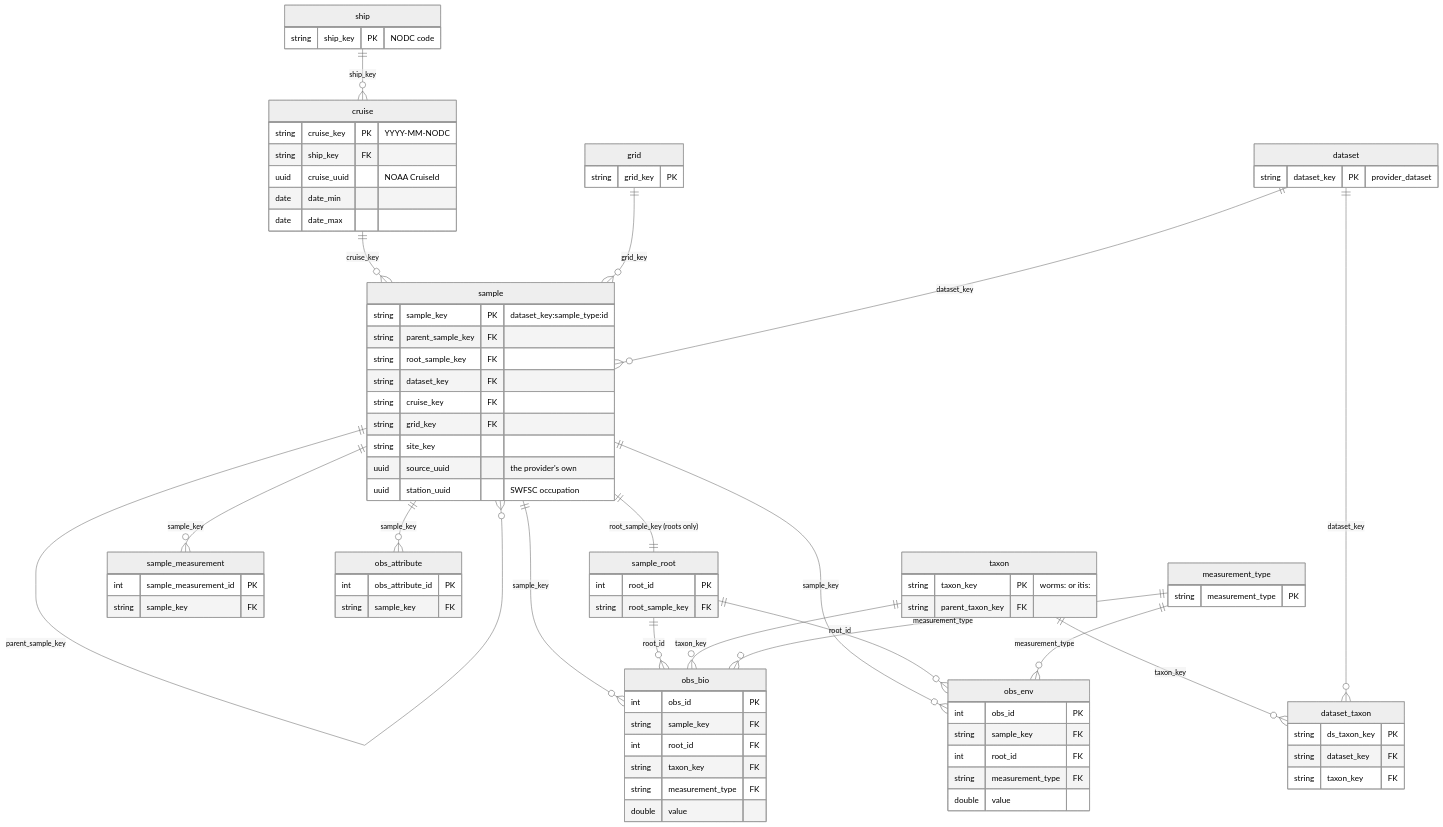
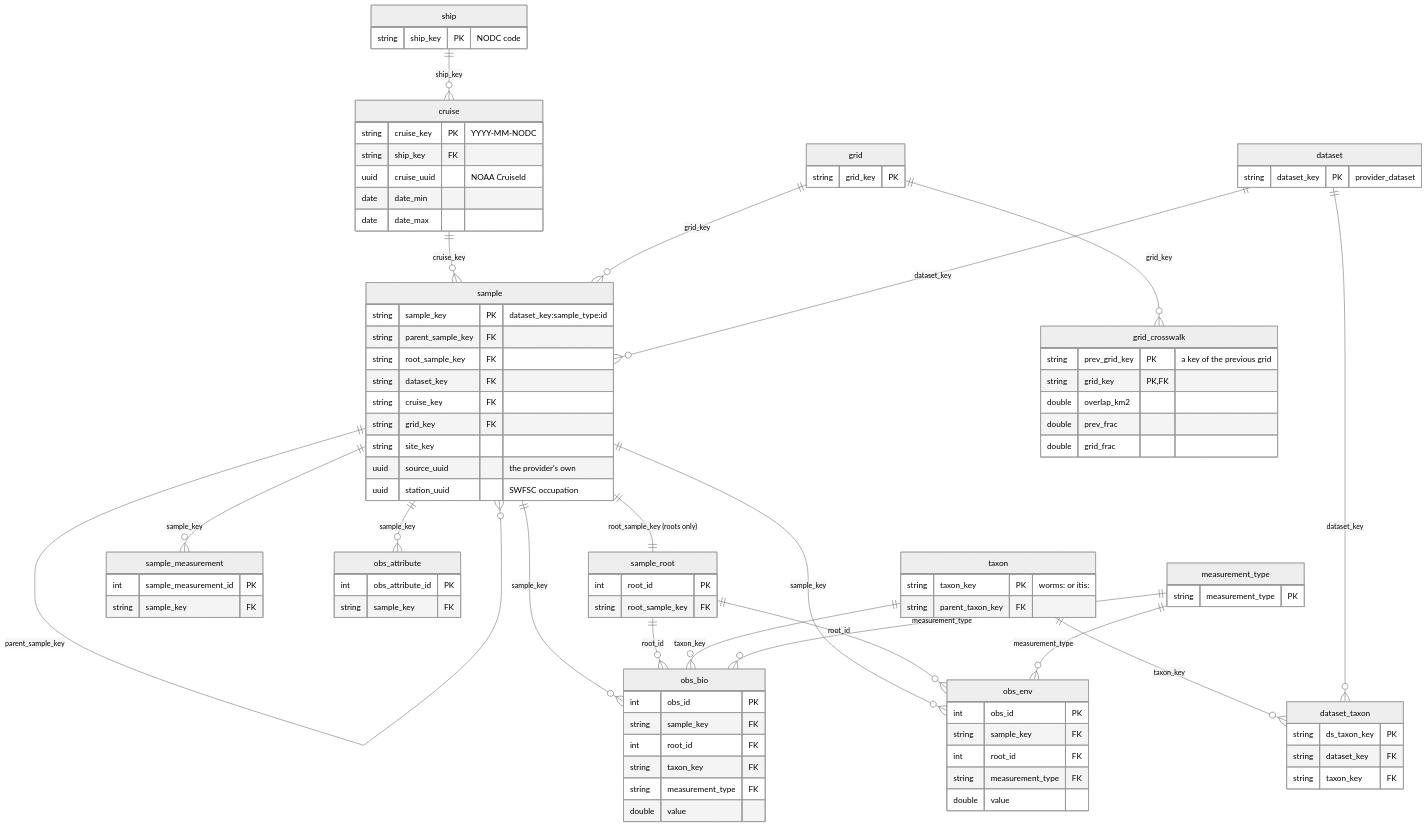
One commit to CalCOFI/docs changed the diagram in diagrams/core_erd.mmd. Above: the diagram before and after it, drawn with Mermaid (neutral theme). The commit also changed 11 other files, not shown here.

```diff
--- a/diagrams/core_erd.mmd
+++ b/diagrams/core_erd.mmd
@@ -1,86 +1,94 @@
 erDiagram
   %% the core family and the references it joins to, with the keys that carry the
   %% integration; every other released table hangs off one of these (keys.qmd)
   cruise ||--o{ sample : "cruise_key"
   grid   ||--o{ sample : "grid_key"
+  grid   ||--o{ grid_crosswalk : "grid_key"
   sample ||--o{ sample : "parent_sample_key"
   sample ||--|| sample_root : "root_sample_key (roots only)"
   sample ||--o{ obs_bio : "sample_key"
   sample ||--o{ obs_env : "sample_key"
   sample ||--o{ sample_measurement : "sample_key"
   sample ||--o{ obs_attribute : "sample_key"
   sample_root ||--o{ obs_bio : "root_id"
   sample_root ||--o{ obs_env : "root_id"
   taxon ||--o{ obs_bio : "taxon_key"
   taxon ||--o{ dataset_taxon : "taxon_key"
   dataset ||--o{ dataset_taxon : "dataset_key"
   dataset ||--o{ sample : "dataset_key"
   measurement_type ||--o{ obs_bio : "measurement_type"
   measurement_type ||--o{ obs_env : "measurement_type"
   ship ||--o{ cruise : "ship_key"
   cruise {
     string cruise_key PK "YYYY-MM-NODC"
     string ship_key FK
     uuid cruise_uuid "NOAA CruiseId"
     date date_min
     date date_max
   }
   sample {
     string sample_key PK "dataset_key:sample_type:id"
     string parent_sample_key FK
     string root_sample_key FK
     string dataset_key FK
     string cruise_key FK
     string grid_key FK
     string site_key
     uuid source_uuid "the provider's own"
     uuid station_uuid "SWFSC occupation"
   }
   sample_root {
     int root_id PK
     string root_sample_key FK
   }
   obs_bio {
     int obs_id PK
     string sample_key FK
     int root_id FK
     string taxon_key FK
     string measurement_type FK
     double value
   }
   obs_env {
     int obs_id PK
     string sample_key FK
     int root_id FK
     string measurement_type FK
     double value
   }
   taxon {
     string taxon_key PK "worms:<id> or itis:<id>"
     string parent_taxon_key FK
   }
   dataset {
     string dataset_key PK "provider_dataset"
   }
   measurement_type {
     string measurement_type PK
   }
   grid {
     string grid_key PK
   }
+  grid_crosswalk {
+    string prev_grid_key PK "a key of the previous grid"
+    string grid_key PK, FK
+    double overlap_km2
+    double prev_frac
+    double grid_frac
+  }
   ship {
     string ship_key PK "NODC code"
   }
   dataset_taxon {
     string ds_taxon_key PK
     string dataset_key FK
     string taxon_key FK
   }
   sample_measurement {
     int sample_measurement_id PK
     string sample_key FK
   }
   obs_attribute {
     int obs_attribute_id PK
     string sample_key FK
   }
```
